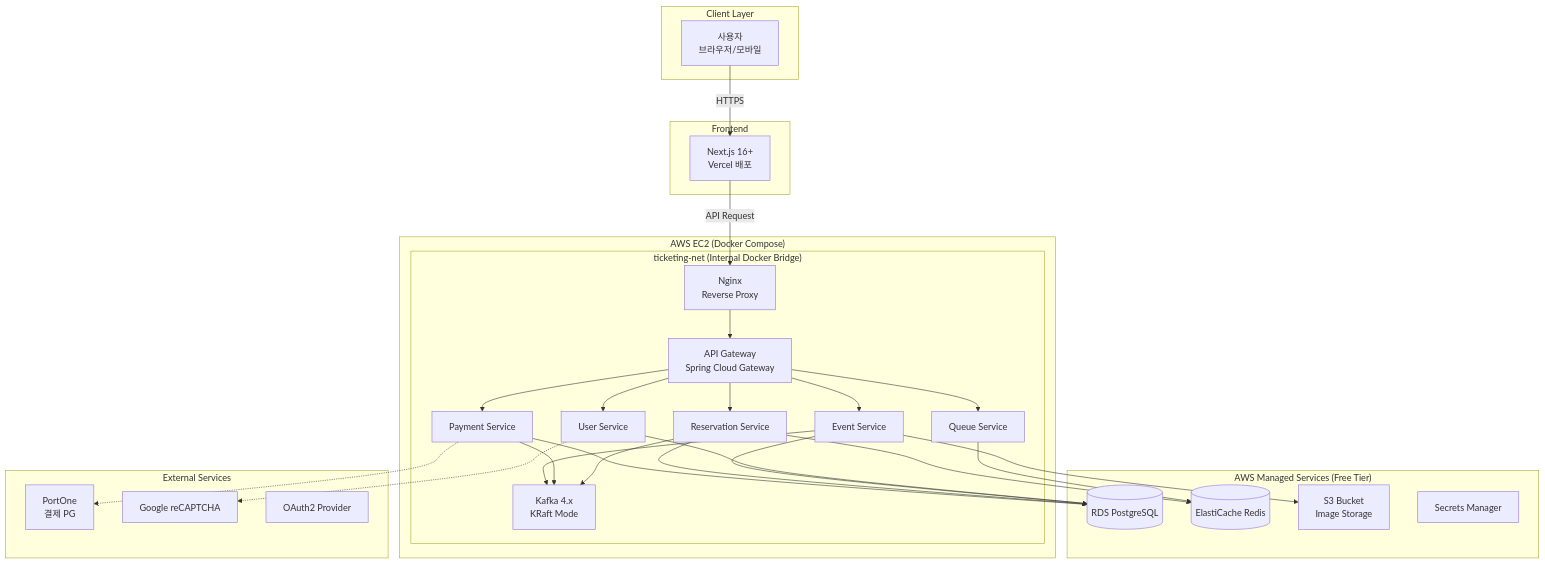
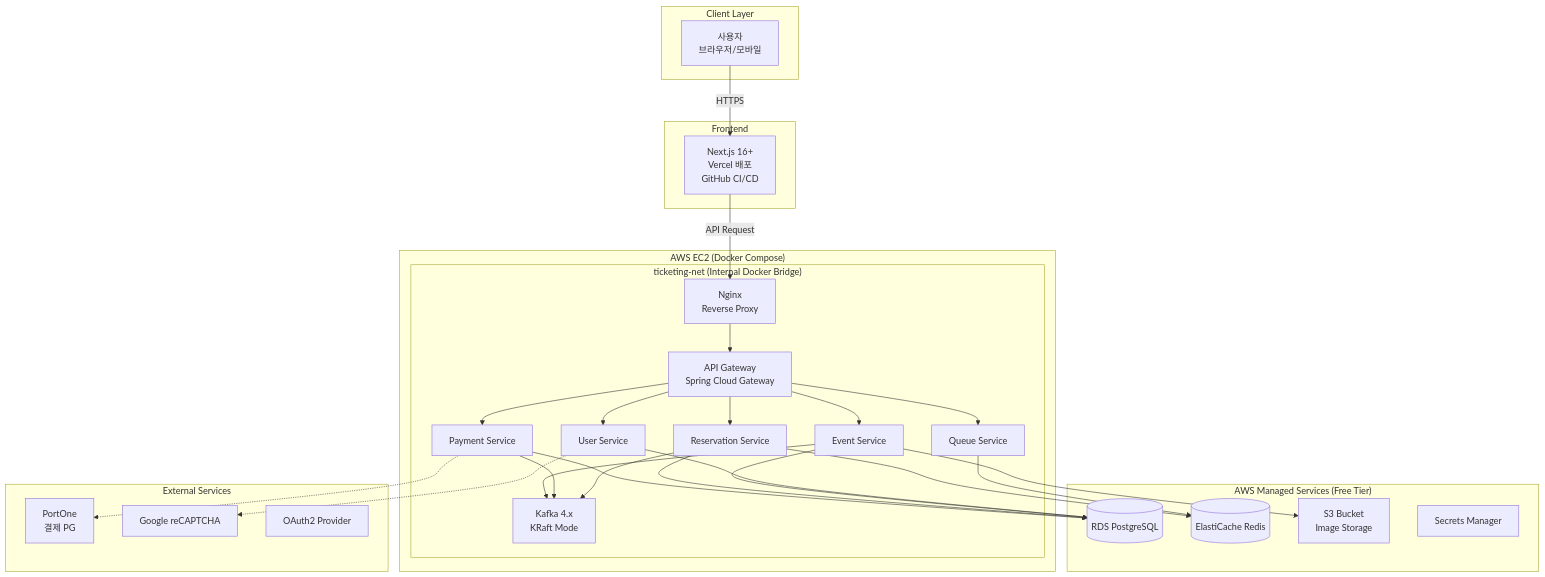
Before and after one commit to paircoders/ticket-queue: the diagram in docs/architecture/03_infrastructure.md, drawn with Mermaid. The commit also changed 12 other files, not shown here.

````diff
--- a/docs/architecture/03_infrastructure.md
+++ b/docs/architecture/03_infrastructure.md
@@ -12,63 +12,63 @@
 ```mermaid
 graph TB
     subgraph "Client Layer"
         User[사용자<br/>브라우저/모바일]
     end
 
     subgraph "Frontend"
-        NextJS[Next.js 16+<br/>Vercel 배포]
+        NextJS[Next.js 16+<br/>Vercel 배포<br/>GitHub CI/CD]
     end
 
     subgraph "AWS Managed Services (Free Tier)"
         RDS[(RDS PostgreSQL)]
         Redis[(ElastiCache Redis)]
         S3[S3 Bucket<br/>Image Storage]
         Secrets[Secrets Manager]
     end
 
     subgraph "AWS EC2 (Docker Compose)"
         subgraph "ticketing-net (Internal Docker Bridge)"
             Nginx[Nginx<br/>Reverse Proxy]
             SCG[API Gateway<br/>Spring Cloud Gateway]
             
             User_Svc[User Service]
             Event_Svc[Event Service]
             Queue_Svc[Queue Service]
             Reservation_Svc[Reservation Service]
             Payment_Svc[Payment Service]
 
             Kafka[Kafka 4.x<br/>KRaft Mode]
         end
     end
 
     subgraph "External Services"
         PortOne[PortOne<br/>결제 PG]
         reCAPTCHA[Google reCAPTCHA]
         OAuth2[OAuth2 Provider]
     end
 
     User -->|HTTPS| NextJS
     NextJS -->|API Request| Nginx
     Nginx --> SCG
     SCG --> User_Svc
     SCG --> Event_Svc
     SCG --> Queue_Svc
     SCG --> Reservation_Svc
     SCG --> Payment_Svc
 
     Reservation_Svc --> Kafka
     Payment_Svc --> Kafka
     Event_Svc --> Kafka
 
     User_Svc -.-> reCAPTCHA
     Payment_Svc -.-> PortOne
 
     User_Svc --> RDS
     Event_Svc --> RDS
     Queue_Svc --> Redis
     Reservation_Svc --> Redis
     Reservation_Svc --> RDS
     Payment_Svc --> RDS
     
     Event_Svc --> S3
 ```
````
